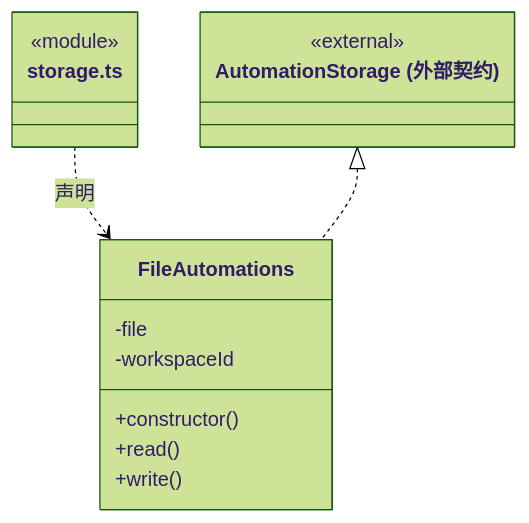
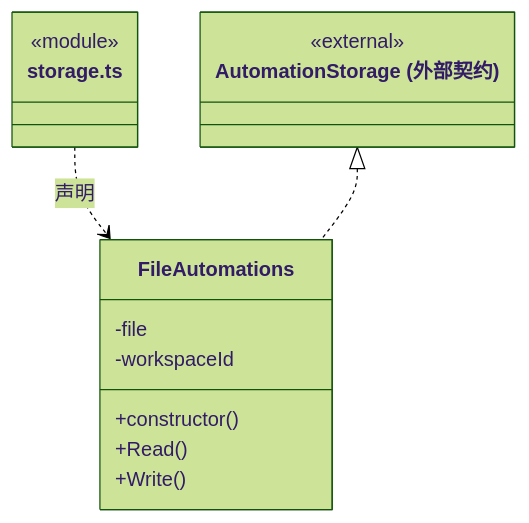
The second of 3 diagrams in src/logic/automation/service/ARCHITECTURE.md (nan023062/cbim), drawn with Mermaid (forest theme) before and after one commit. The commit also changed other lines of this file and 1035 other files, not shown here.

````diff
--- a/src/logic/automation/service/ARCHITECTURE.md
+++ b/src/logic/automation/service/ARCHITECTURE.md
@@ -49,18 +49,18 @@
 ```mermaid
 classDiagram
 class N_src_logic_automation_service_storage_ts["storage.ts"] {
   <<module>>
 }
 class N_src_logic_automation_service_storage_ts_FileAutomations["FileAutomations"] {
   +constructor()
-  +read()
-  +write()
+  +Read()
+  +Write()
   -file
   -workspaceId
 }
 N_src_logic_automation_service_storage_ts ..> N_src_logic_automation_service_storage_ts_FileAutomations : 声明
 class N_src_logic_automation_service_storage_ts_external_AutomationStorage["AutomationStorage (外部契约)"] {
   <<external>>
 }
 N_src_logic_automation_service_storage_ts_external_AutomationStorage <|.. N_src_logic_automation_service_storage_ts_FileAutomations
 ```
````
